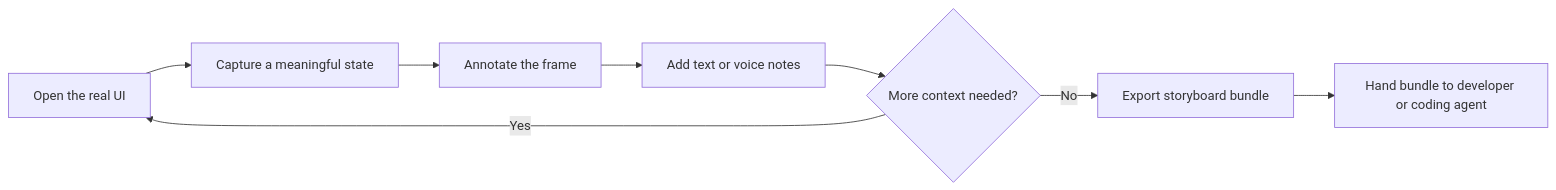
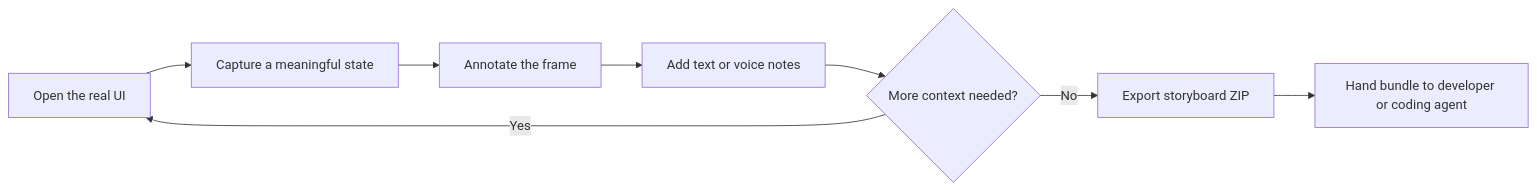
Before and after one commit to MythologIQ-Labs-LLC/CritIQ: the first of 2 diagrams in README.md, drawn with Mermaid. The commit also changed other lines of this file, not shown here.

Commit message:
Align README with implemented storyboard architecture

````diff
--- a/README.md
+++ b/README.md
@@ -24,10 +22,10 @@
 ```mermaid
 flowchart LR
     A[Open the real UI] --> B[Capture a meaningful state]
     B --> C[Annotate the frame]
     C --> D[Add text or voice notes]
     D --> E{More context needed?}
     E -->|Yes| A
-    E -->|No| F[Export storyboard bundle]
+    E -->|No| F[Export storyboard ZIP]
     F --> G[Hand bundle to developer or coding agent]
 ```
````
